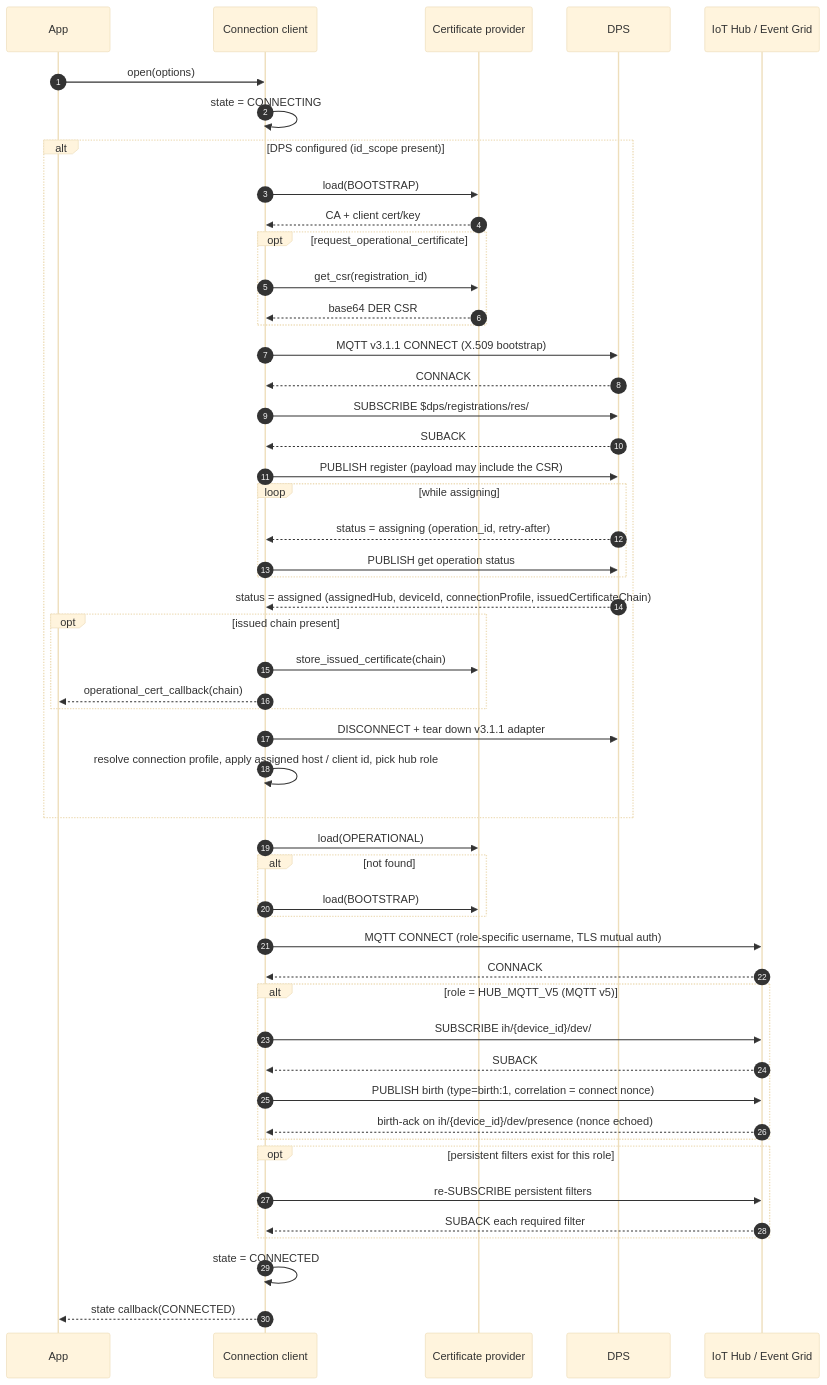
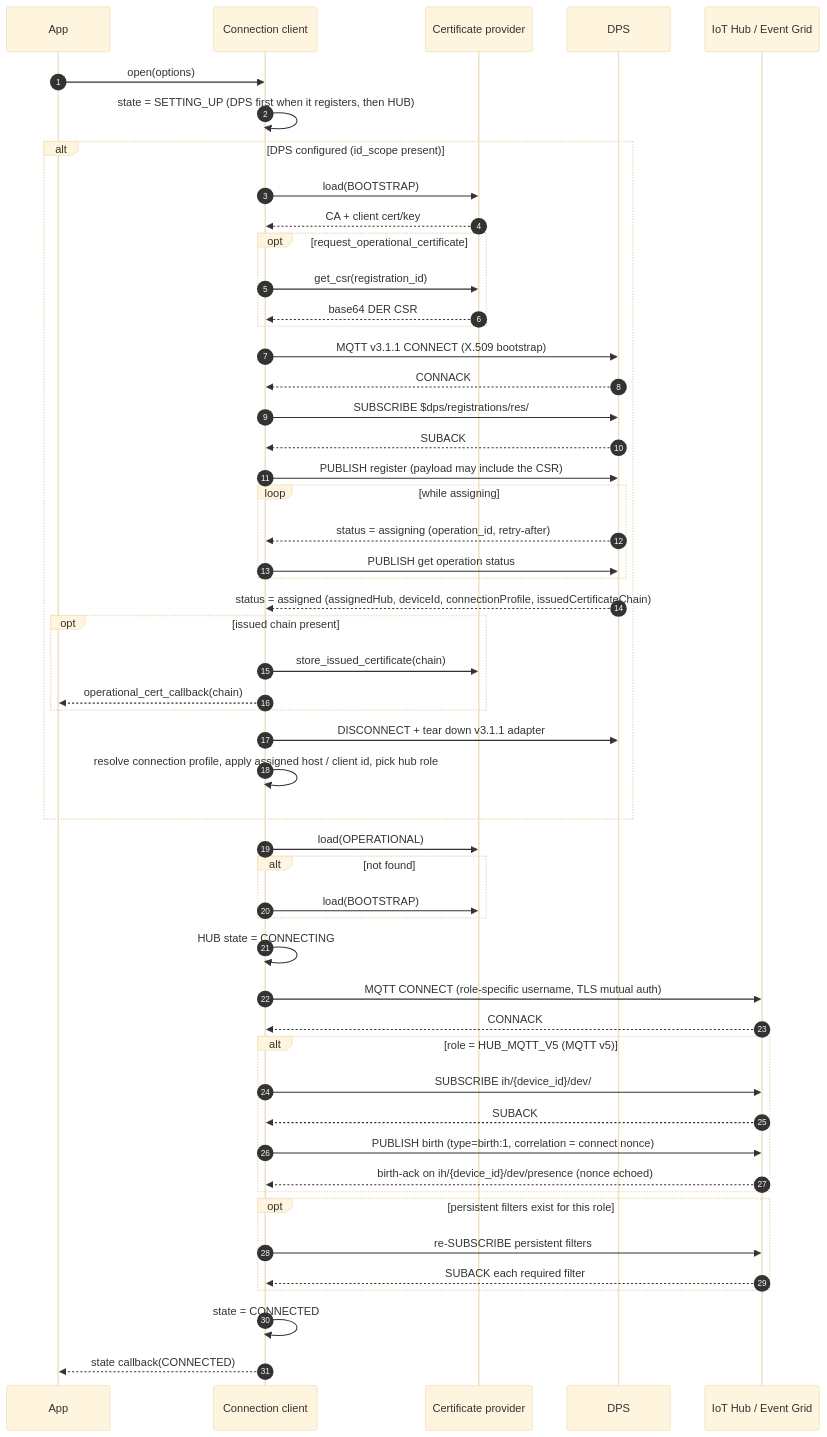
Before and after one commit to Azure/azure-iot-sdk: the third of 9 diagrams in c/docs/eng/connection.md, drawn with Mermaid (base theme). The commit also changed other lines of this file and 12 other files, not shown here.

````diff
--- a/c/docs/eng/connection.md
+++ b/c/docs/eng/connection.md
@@ -100,58 +104,59 @@
 ```mermaid
 sequenceDiagram
     autonumber
     participant App
     participant Conn as Connection client
     participant Cert as Certificate provider
     participant DPS
     participant Hub as IoT Hub / Event Grid
 
     App->>Conn: open(options)
-    Conn->>Conn: state = CONNECTING
+    Conn->>Conn: state = SETTING_UP (DPS first when it registers, then HUB)
 
     alt DPS configured (id_scope present)
         Conn->>Cert: load(BOOTSTRAP)
         Cert-->>Conn: CA + client cert/key
         opt request_operational_certificate
             Conn->>Cert: get_csr(registration_id)
             Cert-->>Conn: base64 DER CSR
         end
         Conn->>DPS: MQTT v3.1.1 CONNECT (X.509 bootstrap)
         DPS-->>Conn: CONNACK
         Conn->>DPS: SUBSCRIBE $dps/registrations/res/#
         DPS-->>Conn: SUBACK
         Conn->>DPS: PUBLISH register (payload may include the CSR)
         loop while assigning
             DPS-->>Conn: status = assigning (operation_id, retry-after)
             Conn->>DPS: PUBLISH get operation status
         end
         DPS-->>Conn: status = assigned (assignedHub, deviceId, connectionProfile, issuedCertificateChain)
         opt issued chain present
             Conn->>Cert: store_issued_certificate(chain)
             Conn-->>App: operational_cert_callback(chain)
         end
         Conn->>DPS: DISCONNECT + tear down v3.1.1 adapter
         Conn->>Conn: resolve connection profile, apply assigned host / client id, pick hub role
     end
 
     Conn->>Cert: load(OPERATIONAL)
     alt not found
         Conn->>Cert: load(BOOTSTRAP)
     end
+    Conn->>Conn: HUB state = CONNECTING
     Conn->>Hub: MQTT CONNECT (role-specific username, TLS mutual auth)
     Hub-->>Conn: CONNACK
 
     alt role = HUB_MQTT_V5 (MQTT v5)
         Conn->>Hub: SUBSCRIBE ih/{device_id}/dev/# (QoS 1)
         Hub-->>Conn: SUBACK
         Conn->>Hub: PUBLISH birth (type=birth:1, correlation = connect nonce)
         Hub-->>Conn: birth-ack on ih/{device_id}/dev/presence (nonce echoed)
     end
 
     opt persistent filters exist for this role
       Conn->>Hub: re-SUBSCRIBE persistent filters
       Hub-->>Conn: SUBACK each required filter
     end
     Conn->>Conn: state = CONNECTED
     Conn-->>App: state callback(CONNECTED)
 ```
````
